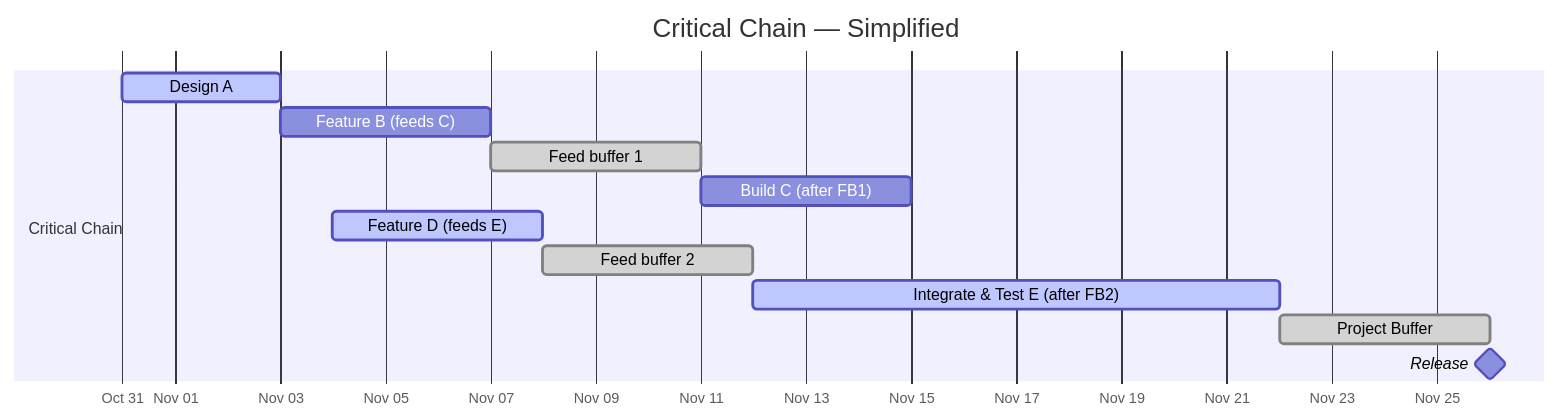
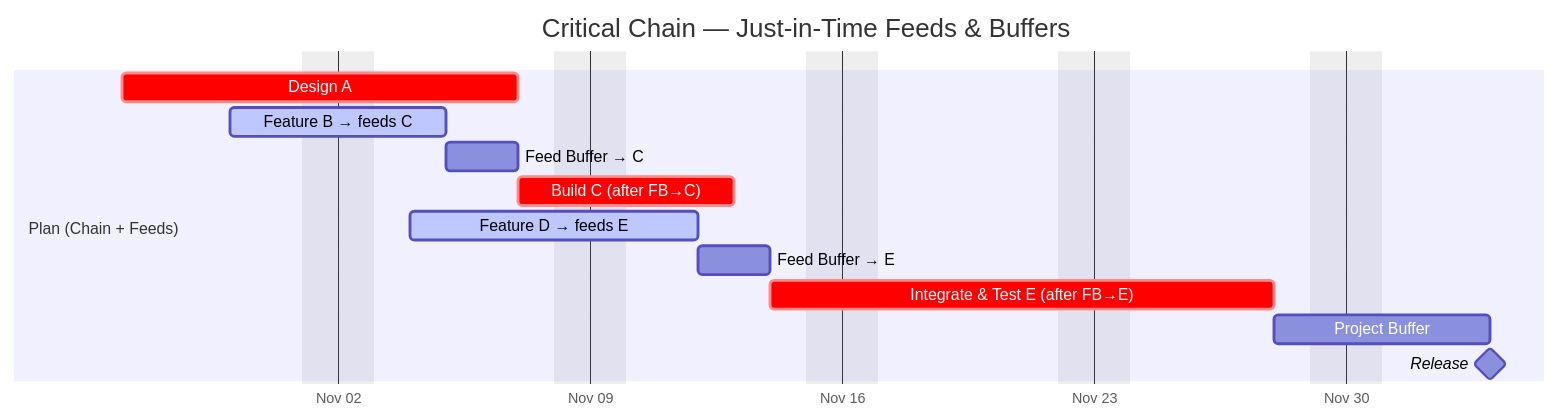
Before and after one commit to msdbok/msdbok.github.io: the third of 3 diagrams in content/plan/activities.md, drawn with Mermaid. The commit also changed other lines of this file, not shown here.

Commit message:
ccm update

````diff
--- a/content/plan/activities.md
+++ b/content/plan/activities.md
@@ -205,23 +205,28 @@
 ```mermaid
 gantt
-    title Critical Chain — Simplified
+    title Critical Chain — Just-in-Time Feeds & Buffers
     dateFormat  YYYY-MM-DD
     axisFormat  %b %d
+    excludes    weekends
 
+    section Plan (Chain + Feeds)
 
+    %% Critical chain starts
+    Design A                            :crit, a2, 2025-10-27, 9d
 
-    section Critical Chain
-    Design A                      :active, a2,           2025-10-31, 3d
+    %% Feed for C runs in parallel and lands just before C
+    Feature B → feeds C                 :active, b2,   2025-10-30, 4d
+    Feed Buffer → C                     :fb1b, after b2,   2d
+    Build C (after FB→C)                :crit, c2,   after fb1b, 4d
 
-    Feature B (feeds C)           :b2,           2025-11-03, 4d
-    Feed buffer 1             :done, fb1b,         after b2,   4d
-    
-    Build C (after FB1)           :c2,           after fb1b, 4d
+    %% Feed for E runs in parallel and lands just before E
+    Feature D → feeds E                 :active, d2,   2025-11-04, 6d
+    Feed Buffer → E                     :fb2b, after d2,   2d
+    Integrate & Test E (after FB→E)     :crit, e2,   after fb2b, 10d
 
-    Feature D (feeds E)           :active, d2,           2025-11-04, 4d
-    Feed buffer 2           :done, fb2b,         after d2,   4d
-    Integrate & Test E (after FB2):active, e2,           after fb2b, 10d
-    Project Buffer           :done, pb2,          after e2,   4d
-    Release                       :milestone,    after pb2,  0d
+    %% Finish with project buffer & release
+    Project Buffer                      :pb,   after e2,   4d
+    Release                             :milestone, rel, after pb, 0d
+
     
 ```
````
